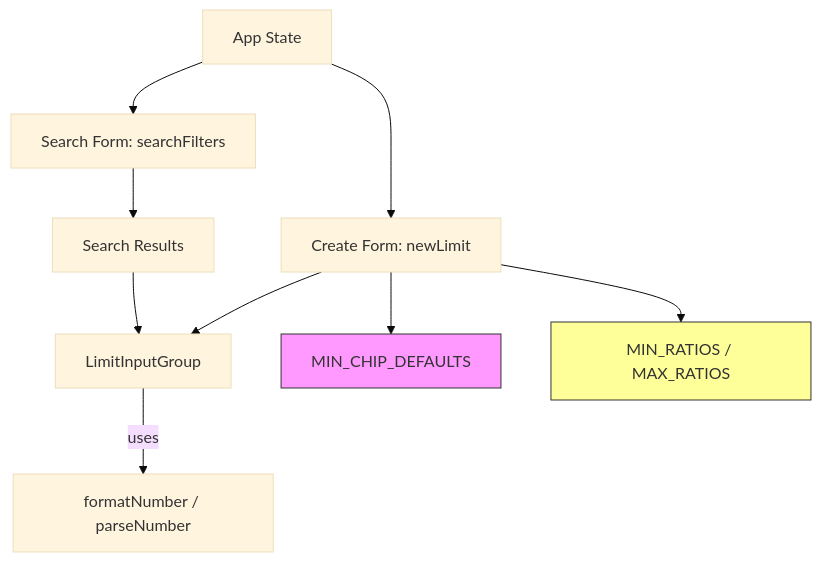
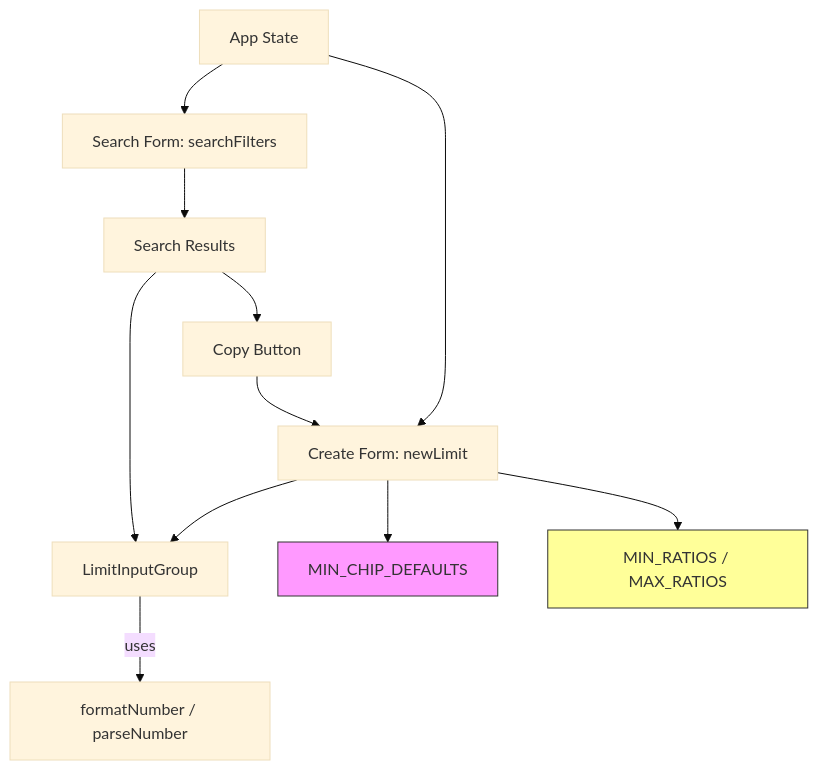
The diagram in README.md (wowisjill-png/op_server), drawn with Mermaid (base theme) before and after one commit. The commit also changed other lines of this file, not shown here.

````diff
--- a/README.md
+++ b/README.md
@@ -80,13 +84,14 @@
 ```mermaid
 flowchart TD
   A[App State] --> B[Create Form: newLimit]
   A --> C[Search Form: searchFilters]
   B --> D[LimitInputGroup]
   D -->|uses| E[formatNumber / parseNumber]
   B --> F[MIN_CHIP_DEFAULTS]
   B --> G[MIN_RATIOS / MAX_RATIOS]
   C --> H[Search Results]
   H --> D
+  H --> I[Copy Button] --> B
   style F fill:#f9f,stroke:#333,stroke-width:1px
   style G fill:#ff9,stroke:#333,stroke-width:1px
 ```
````
